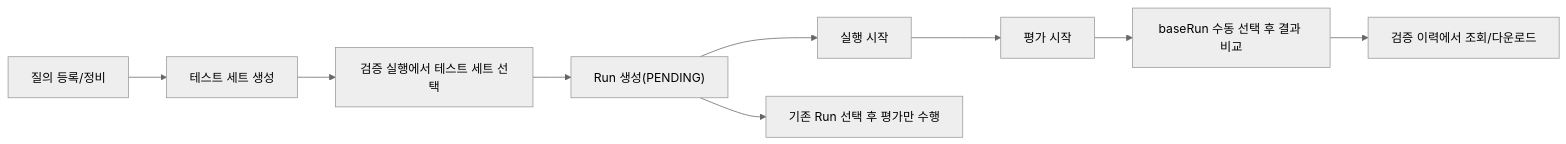
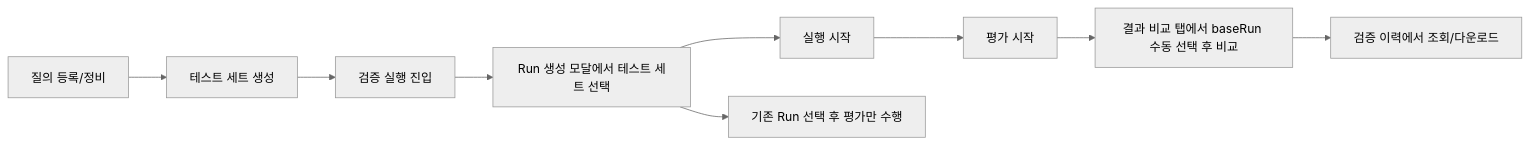
The third of 3 diagrams in agent_qa_dev/docs/architecture/backoffice-frontend-information-architecture.md (ago0528/ats), drawn with Mermaid (neutral theme) before and after one commit. The commit also changed other lines of this file and 34 other files, not shown here.

````diff
--- a/agent_qa_dev/docs/architecture/backoffice-frontend-information-architecture.md
+++ b/agent_qa_dev/docs/architecture/backoffice-frontend-information-architecture.md
@@ -152,11 +153,11 @@
 ```mermaid
 flowchart LR
   A["질의 등록/정비"] --> B["테스트 세트 생성"]
-  B --> C["검증 실행에서 테스트 세트 선택"]
-  C --> D["Run 생성(PENDING)"]
+  B --> C["검증 실행 진입"]
+  C --> D["Run 생성 모달에서 테스트 세트 선택"]
   D --> E["실행 시작"]
   D --> F["기존 Run 선택 후 평가만 수행"]
   E --> G["평가 시작"]
-  G --> H["baseRun 수동 선택 후 결과 비교"]
+  G --> H["결과 비교 탭에서 baseRun 수동 선택 후 비교"]
   H --> I["검증 이력에서 조회/다운로드"]
 ```
````
